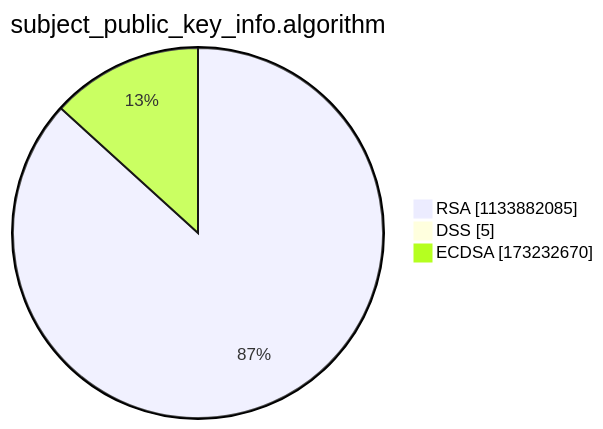
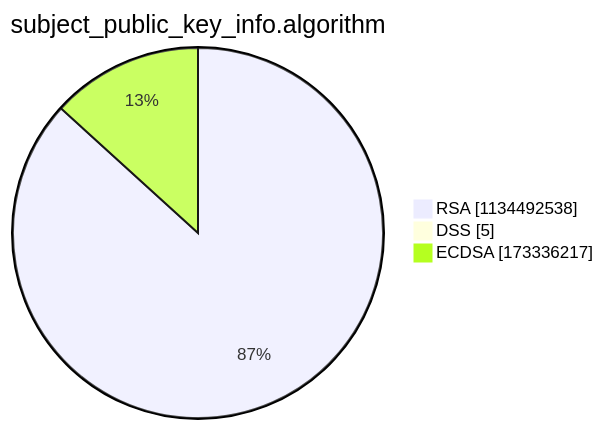
The third of 15 diagrams in argon2022/README.md (christiankrug/ctmonitor_visualization), drawn with Mermaid before and after one commit. The commit also changed other lines of this file, not shown here.

````diff
--- a/argon2022/README.md
+++ b/argon2022/README.md
@@ -14,7 +14,7 @@
 ```mermaid
 pie showData
 title subject_public_key_info.algorithm
-"RSA" :1133882085
+"RSA" :1134492538
 "DSS" :5
-"ECDSA" :173232670
+"ECDSA" :173336217
 ```
````
